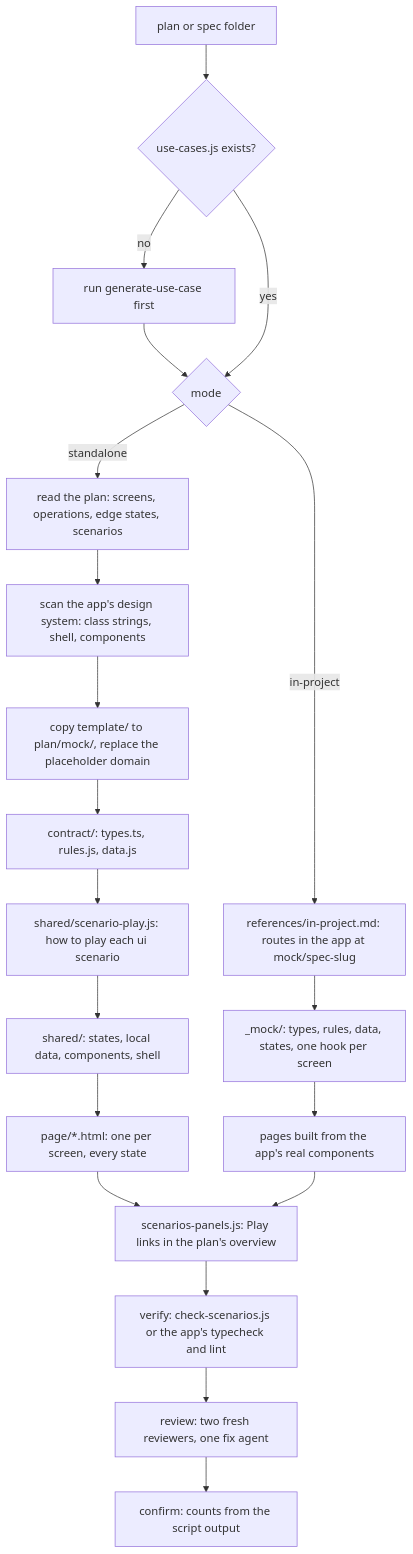
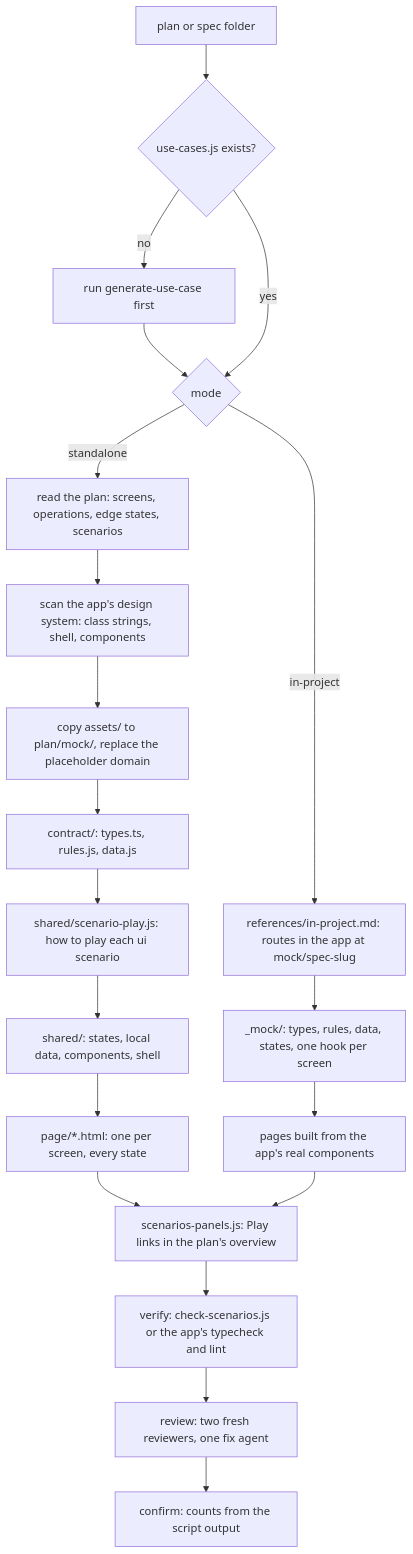
Before and after one commit to naphatwx/naphatwx-tools: the first of 4 diagrams in plugins/naphatwx-tools/skills/generate-mock-ui/README.md, drawn with Mermaid. The commit also changed other lines of this file and 114 other files, not shown here.

````diff
--- a/plugins/naphatwx-tools/skills/generate-mock-ui/README.md
+++ b/plugins/naphatwx-tools/skills/generate-mock-ui/README.md
@@ -24,22 +24,22 @@
 ```mermaid
 graph TD
     IN["plan or spec folder"] --> UC{"use-cases.js exists?"}
     UC -->|no| GU[run generate-use-case first]
     GU --> MODE
     UC -->|yes| MODE{mode}
     MODE -->|standalone| S1[read the plan: screens, operations, edge states, scenarios]
     S1 --> S2[scan the app's design system: class strings, shell, components]
-    S2 --> S3["copy template/ to plan/mock/, replace the placeholder domain"]
+    S2 --> S3["copy assets/ to plan/mock/, replace the placeholder domain"]
     S3 --> S4["contract/: types.ts, rules.js, data.js"]
     S4 --> S5["shared/scenario-play.js: how to play each ui scenario"]
     S5 --> S6["shared/: states, local data, components, shell"]
     S6 --> S7["page/*.html: one per screen, every state"]
     MODE -->|in-project| P1["references/in-project.md: routes in the app at mock/spec-slug"]
     P1 --> P2["_mock/: types, rules, data, states, one hook per screen"]
     P2 --> P3[pages built from the app's real components]
     S7 --> LINK[scenarios-panels.js: Play links in the plan's overview]
     P3 --> LINK
     LINK --> V[verify: check-scenarios.js or the app's typecheck and lint]
     V --> R[review: two fresh reviewers, one fix agent]
     R --> C[confirm: counts from the script output]
 ```
````
